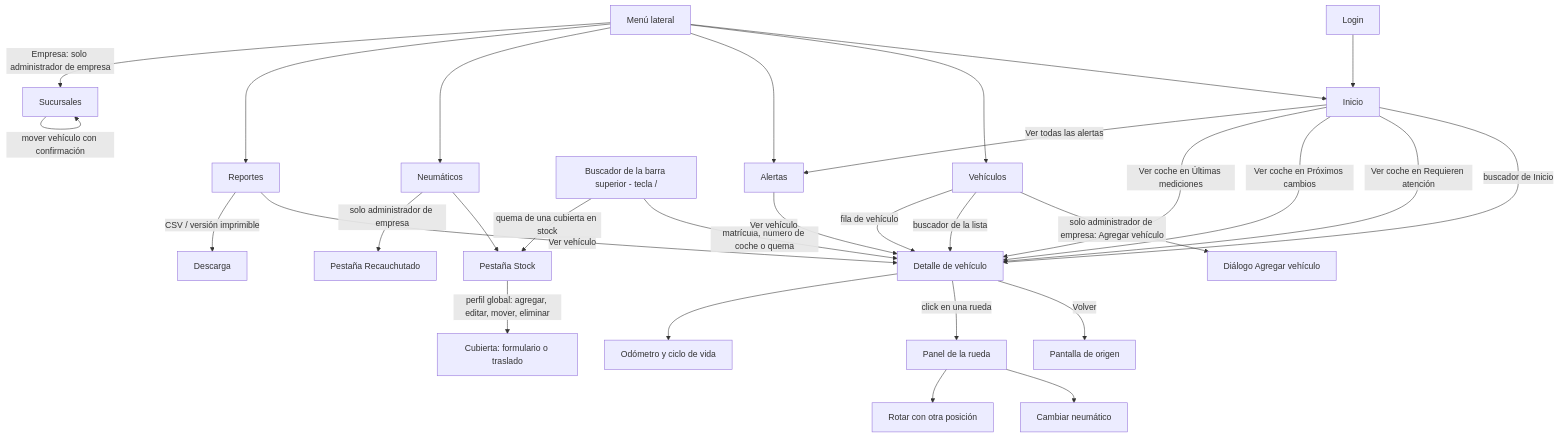
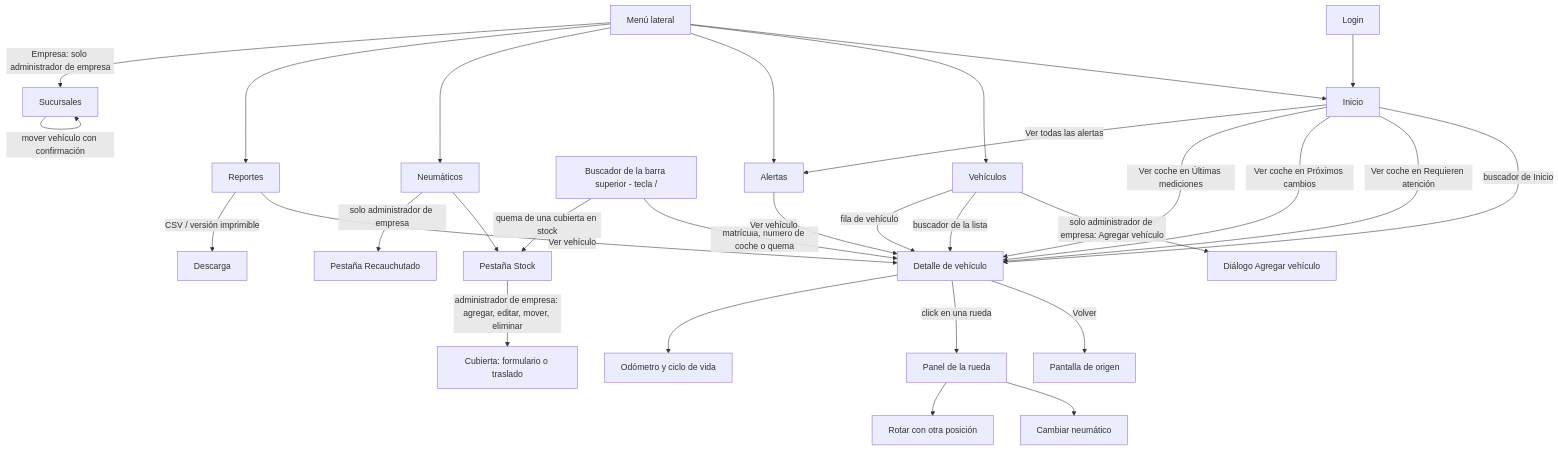
One commit to EM-Organization/Neumet-Gestion changed the first of 2 diagrams in docs/12-mapa-navegacion.md. Above: the diagram before and after it, drawn with Mermaid. The commit also changed other lines of this file and 6 other files, not shown here.

````diff
--- a/docs/12-mapa-navegacion.md
+++ b/docs/12-mapa-navegacion.md
@@ -29,33 +29,33 @@
 ```mermaid
 flowchart TD
   L[Login] --> I[Inicio]
   M[Menú lateral] --> I
   M --> V[Vehículos]
   M --> A[Alertas]
   M --> N[Neumáticos]
   N --> S[Pestaña Stock]
   N -->|solo administrador de empresa| RC[Pestaña Recauchutado]
-  S -->|perfil global: agregar, editar, mover, eliminar| SC[Cubierta: formulario o traslado]
+  S -->|administrador de empresa: agregar, editar, mover, eliminar| SC[Cubierta: formulario o traslado]
   M --> R[Reportes]
   M -->|Empresa: solo administrador de empresa| SU[Sucursales]
   SU -->|crear, renombrar, eliminar| SU
   SU -->|mover vehículo con confirmación| SU
   V -->|solo administrador de empresa: Agregar vehículo| VA[Diálogo Agregar vehículo]
   B[Buscador de la barra superior - tecla /] -->|matrícula, número de coche o quema| VD[Detalle de vehículo]
   B -->|quema de una cubierta en stock| S
   I -->|buscador de Inicio| VD
   I -->|Ver coche en Requieren atención| VD
   I -->|Ver coche en Próximos cambios| VD
   I -->|Ver coche en Últimas mediciones| VD
   I -->|Ver todas las alertas| A
   V -->|buscador de la lista| VD
   V -->|fila de vehículo| VD
   A -->|Ver vehículo| VD
   R -->|Ver vehículo| VD
   VD -->|Volver| ORIGEN[Pantalla de origen]
   VD -->|click en una rueda| PR[Panel de la rueda]
   PR --> CN[Cambiar neumático]
   PR --> RO[Rotar con otra posición]
   VD --> OD[Odómetro y ciclo de vida]
   R -->|CSV / versión imprimible| X[Descarga]
 ```
````
